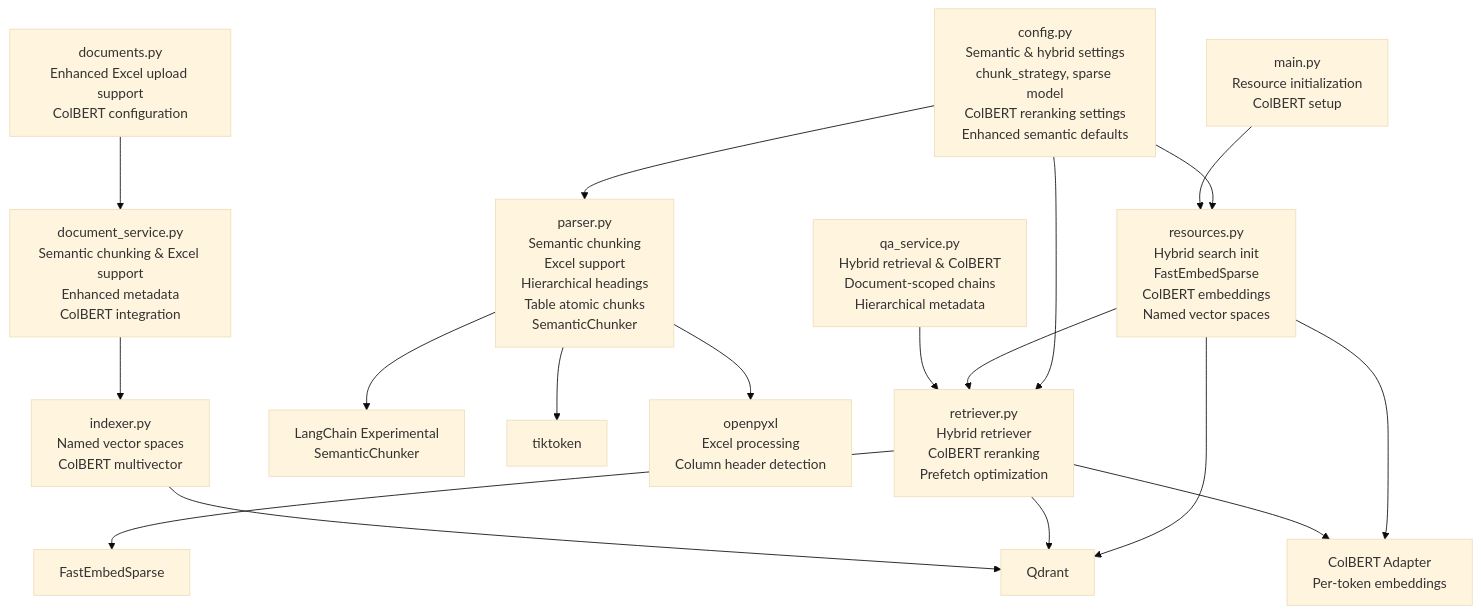
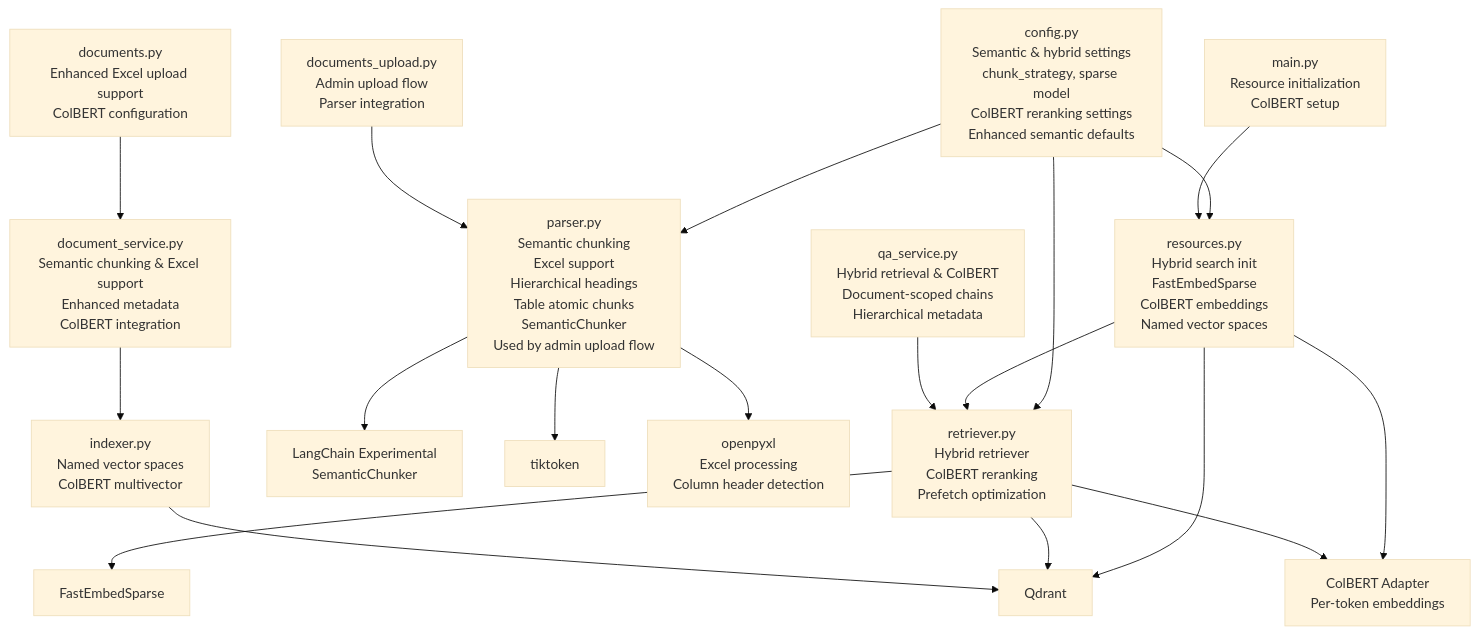
Before and after one commit to ognelis/cafetera_hr_bot: diagram 15 of 15 in .qoder/repowiki/en/content/RAG Integration/RAG Parser Enhancement.md, drawn with Mermaid (base theme). The commit also changed other lines of this file and 139 other files, not shown here.

````diff
--- a/.qoder/repowiki/en/content/RAG Integration/RAG Parser Enhancement.md
+++ b/.qoder/repowiki/en/content/RAG Integration/RAG Parser Enhancement.md
@@ -701,20 +732,21 @@
 ```mermaid
 graph TB
 CFG["config.py<br/>Semantic & hybrid settings<br/>chunk_strategy, sparse model<br/>ColBERT reranking settings<br/>Enhanced semantic defaults"] --> RES["resources.py<br/>Hybrid search init<br/>FastEmbedSparse<br/>ColBERT embeddings<br/>Named vector spaces"]
 CFG --> RET["retriever.py<br/>Hybrid retriever<br/>ColBERT reranking<br/>Prefetch optimization"]
-CFG --> PARSE["parser.py<br/>Semantic chunking<br/>Excel support<br/>Hierarchical headings<br/>Table atomic chunks<br/>SemanticChunker"]
+CFG --> PARSE["parser.py<br/>Semantic chunking<br/>Excel support<br/>Hierarchical headings<br/>Table atomic chunks<br/>SemanticChunker<br/>Used by admin upload flow"]
 RES --> RET
 RES --> QDRANT["Qdrant"]
 RES --> COLBERT["ColBERT Adapter<br/>Per-token embeddings"]
 PARSE --> LC["LangChain Experimental<br/>SemanticChunker"]
 PARSE --> TIKTOKEN["tiktoken"]
 PARSE --> OPENPYXL["openpyxl<br/>Excel processing<br/>Column header detection"]
 RET --> FE["FastEmbedSparse"]
 RET --> QDRANT
 RET --> COLBERT
 INDEXER["indexer.py<br/>Named vector spaces<br/>ColBERT multivector"] --> QDRANT
 SERVICE["document_service.py<br/>Semantic chunking & Excel support<br/>Enhanced metadata<br/>ColBERT integration"] --> INDEXER
 API["documents.py<br/>Enhanced Excel upload support<br/>ColBERT configuration"] --> SERVICE
+UPLOAD["documents_upload.py<br/>Admin upload flow<br/>Parser integration"] --> PARSE
 QA["qa_service.py<br/>Hybrid retrieval & ColBERT<br/>Document-scoped chains<br/>Hierarchical metadata"] --> RET
 MAIN["main.py<br/>Resource initialization<br/>ColBERT setup"] --> RES
 ```
````
